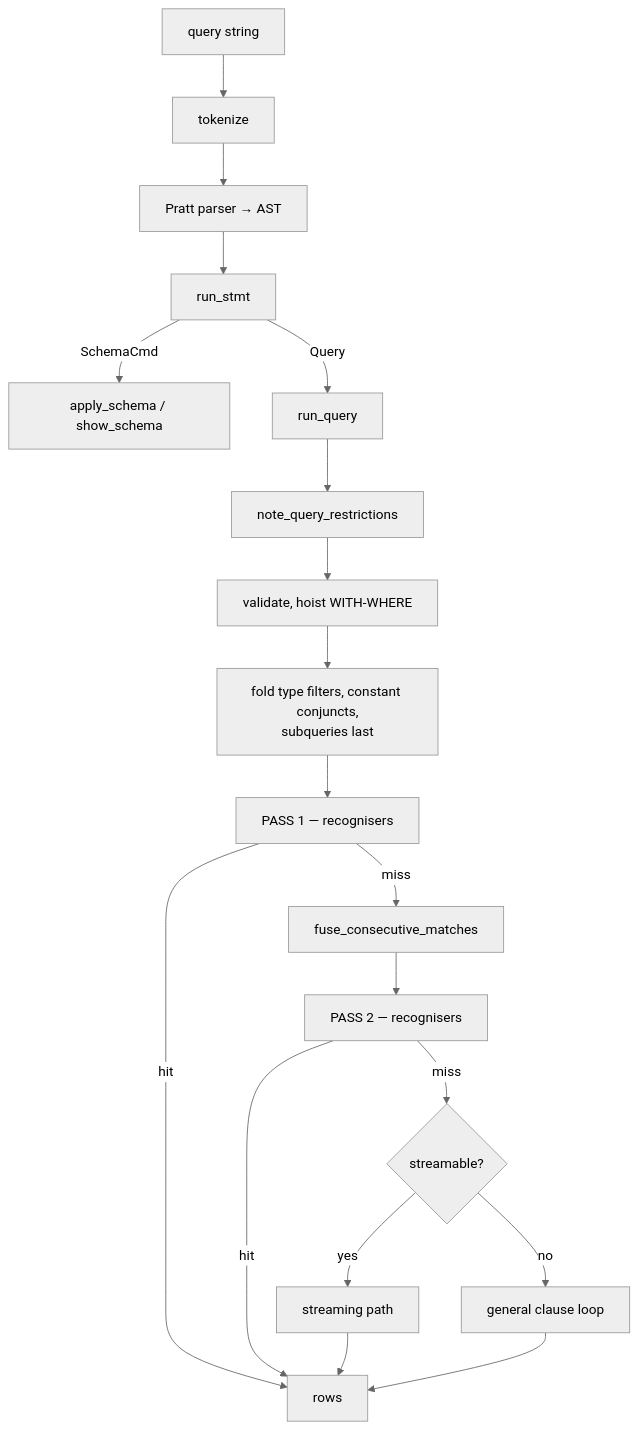
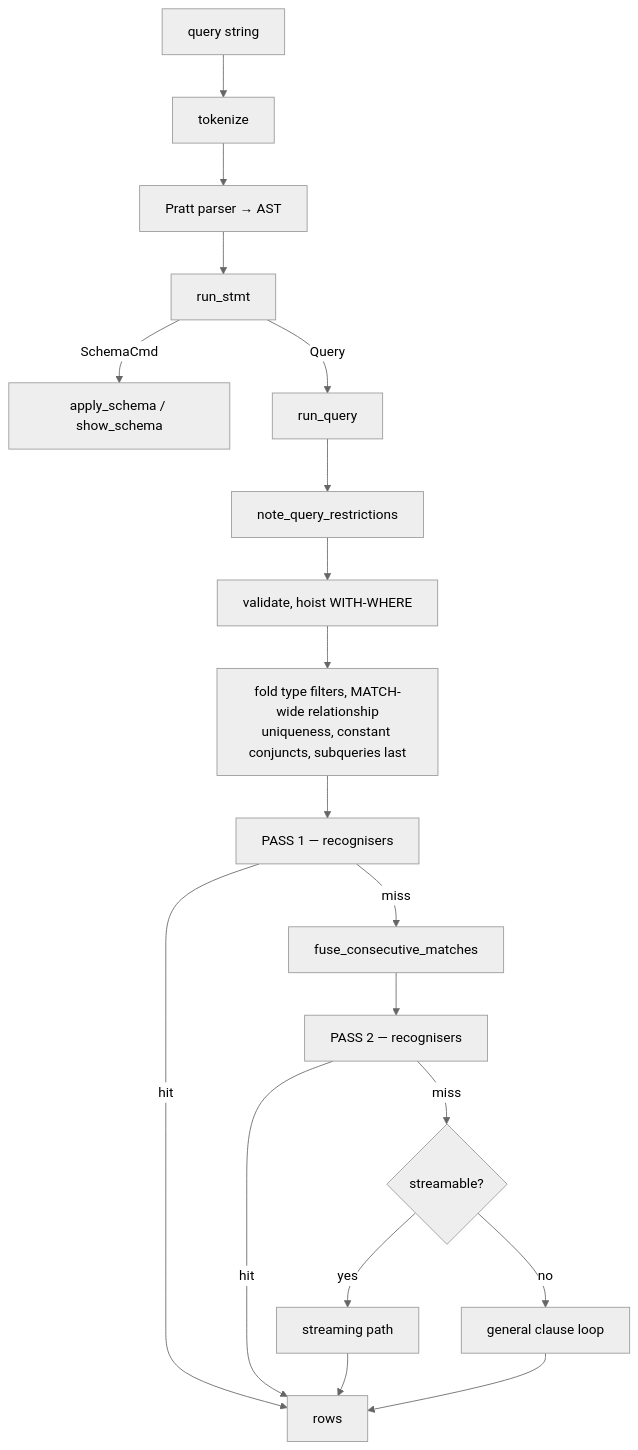
Before and after one commit to dsamford/engram: the diagram in docs/book/src/architecture/query-path.md, drawn with Mermaid (neutral theme). The commit also changed other lines of this file and 583 other files, not shown here.

````diff
--- a/docs/book/src/architecture/query-path.md
+++ b/docs/book/src/architecture/query-path.md
@@ -7,21 +7,21 @@
 ```mermaid
 flowchart TD
     A["query string"] --> B["tokenize"]
     B --> C["Pratt parser → AST"]
     C --> D["run_stmt"]
     D -->|SchemaCmd| E["apply_schema / show_schema"]
     D -->|Query| F["run_query"]
     F --> G["note_query_restrictions"]
     G --> H["validate, hoist WITH-WHERE"]
-    H --> I["fold type filters, constant conjuncts,<br/>subqueries last"]
+    H --> I["fold type filters, MATCH-wide relationship<br/>uniqueness, constant conjuncts, subqueries last"]
     I --> J["PASS 1 — recognisers"]
     J -->|hit| Z["rows"]
     J -->|miss| K["fuse_consecutive_matches"]
     K --> L["PASS 2 — recognisers"]
     L -->|hit| Z
     L -->|miss| M{"streamable?"}
     M -->|yes| N["streaming path"]
     M -->|no| O["general clause loop"]
     N --> Z
     O --> Z
 ```
````
